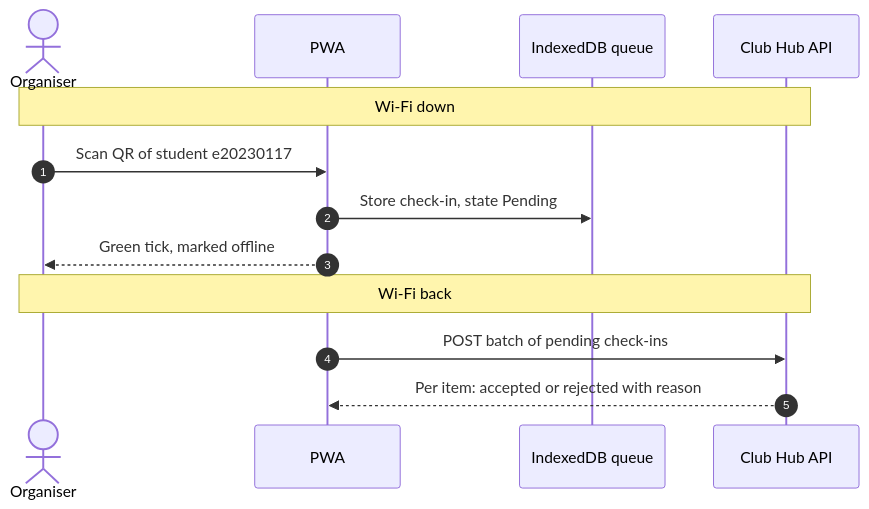
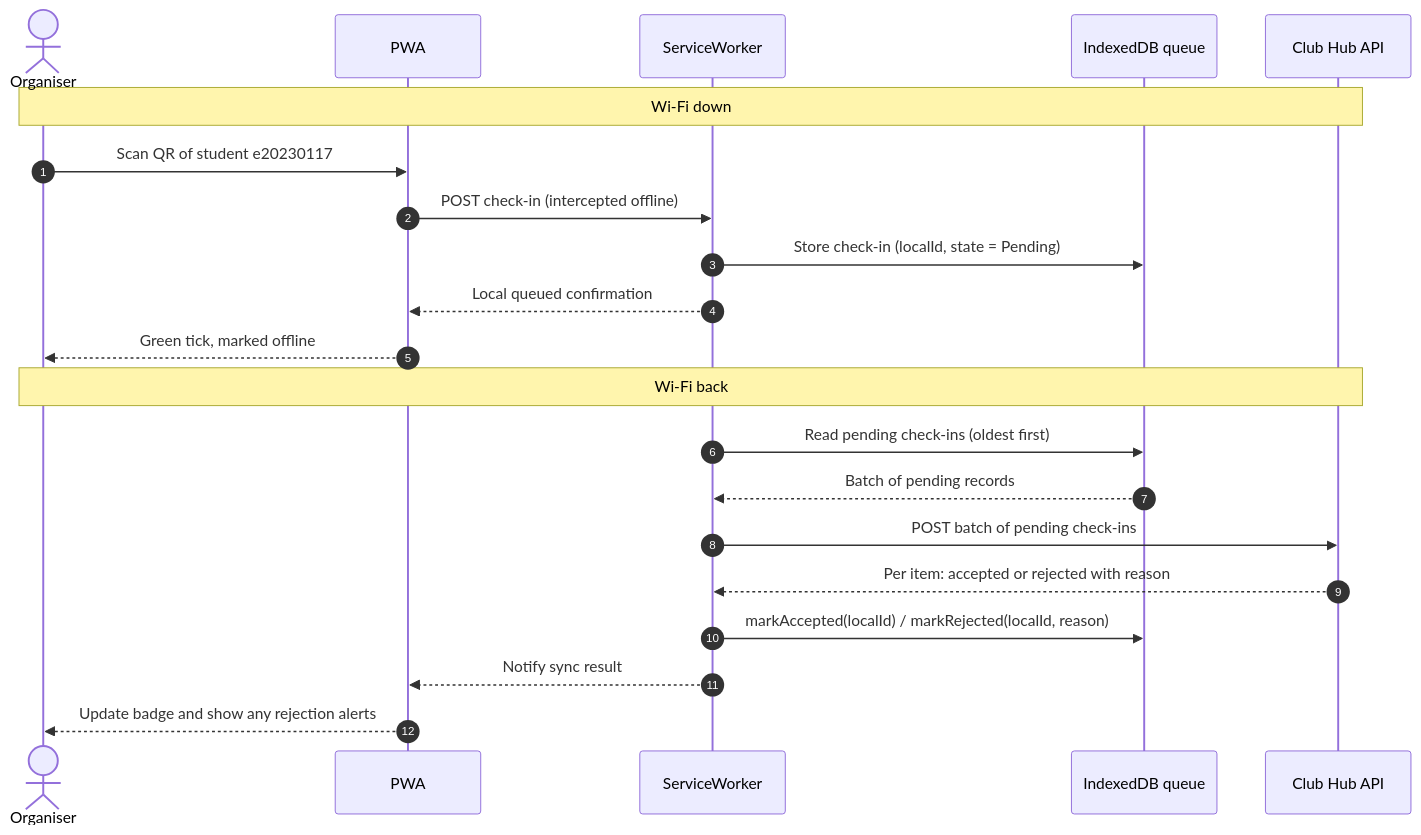
Before and after one commit to bousocheat16-source/clubhub-longblackcoffee: the diagram in lab02/challenge/offline-checkin.md, drawn with Mermaid. The commit also changed other lines of this file and 2 other files, not shown here.

Commit message:
Updating files with problems

````diff
--- a/lab02/challenge/offline-checkin.md
+++ b/lab02/challenge/offline-checkin.md
@@ -2,17 +2,25 @@
 ```mermaid
 sequenceDiagram
     autonumber
     actor Organiser
     participant PWA
+    participant SW as ServiceWorker
     participant IndexedDB as IndexedDB queue
     participant API as Club Hub API
 
     Note over Organiser,API: Wi-Fi down
     Organiser->>PWA: Scan QR of student e20230117
-    PWA->>IndexedDB: Store check-in, state Pending
+    PWA->>SW: POST check-in (intercepted offline)
+    SW->>IndexedDB: Store check-in (localId, state = Pending)
+    SW-->>PWA: Local queued confirmation
     PWA-->>Organiser: Green tick, marked offline
 
     Note over Organiser,API: Wi-Fi back
-    PWA->>API: POST batch of pending check-ins
-    API-->>PWA: Per item: accepted or rejected with reason
+    SW->>IndexedDB: Read pending check-ins (oldest first)
+    IndexedDB-->>SW: Batch of pending records
+    SW->>API: POST batch of pending check-ins
+    API-->>SW: Per item: accepted or rejected with reason
+    SW->>IndexedDB: markAccepted(localId) / markRejected(localId, reason)
+    SW-->>PWA: Notify sync result
+    PWA-->>Organiser: Update badge and show any rejection alerts
 ```
````
